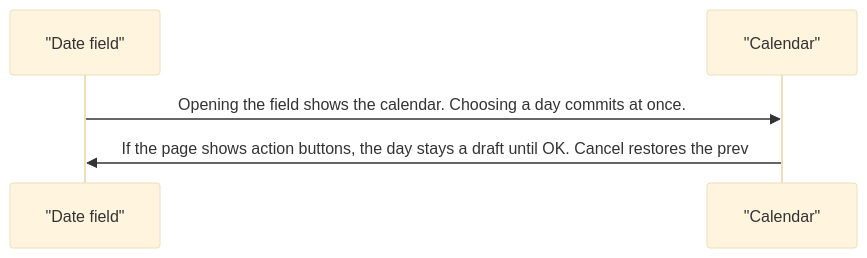
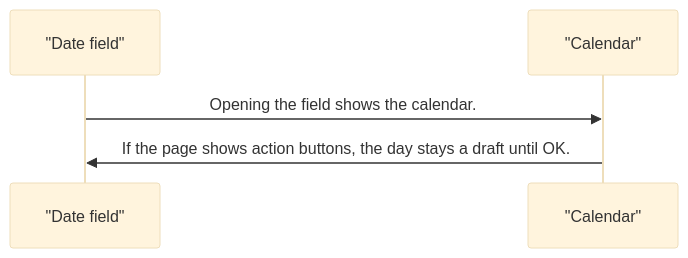
Before and after one commit to RajshekharBorate/pixel-ui: the third of 3 diagrams in projects/pixel-ui/src/lib/pixel-datepicker/DESIGN.md, drawn with Mermaid (base theme). The commit also changed other lines of this file and 80 other files, not shown here.

Commit message:
Fill missing design flows and correct the stories that did not match component behavior.

````diff
--- a/projects/pixel-ui/src/lib/pixel-datepicker/DESIGN.md
+++ b/projects/pixel-ui/src/lib/pixel-datepicker/DESIGN.md
@@ -59,7 +59,7 @@
 ```mermaid
 sequenceDiagram
   participant field as "Date field"
   participant cal as "Calendar"
-  field->>cal: Opening the field shows the calendar. Choosing a day commits at once.
-  cal->>field: If the page shows action buttons, the day stays a draft until OK. Cancel restores the prev
+  field->>cal: Opening the field shows the calendar.
+  cal->>field: If the page shows action buttons, the day stays a draft until OK.
 ```
````
